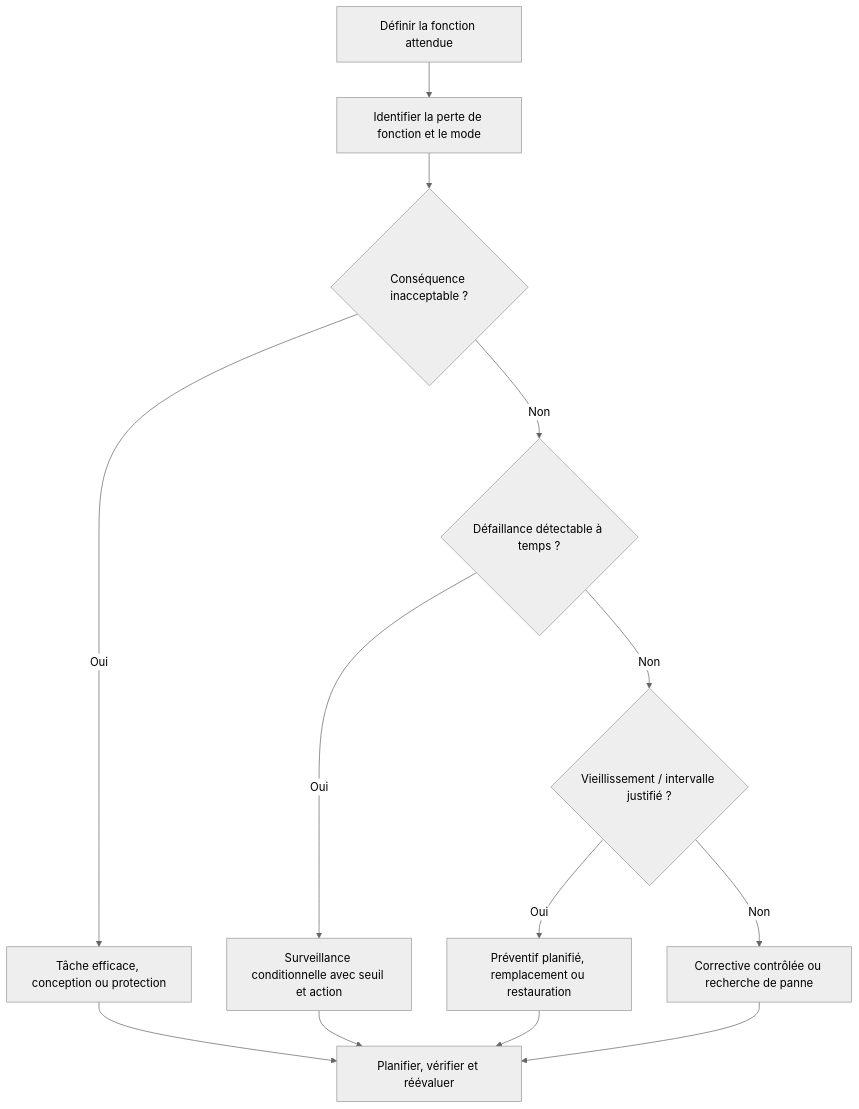
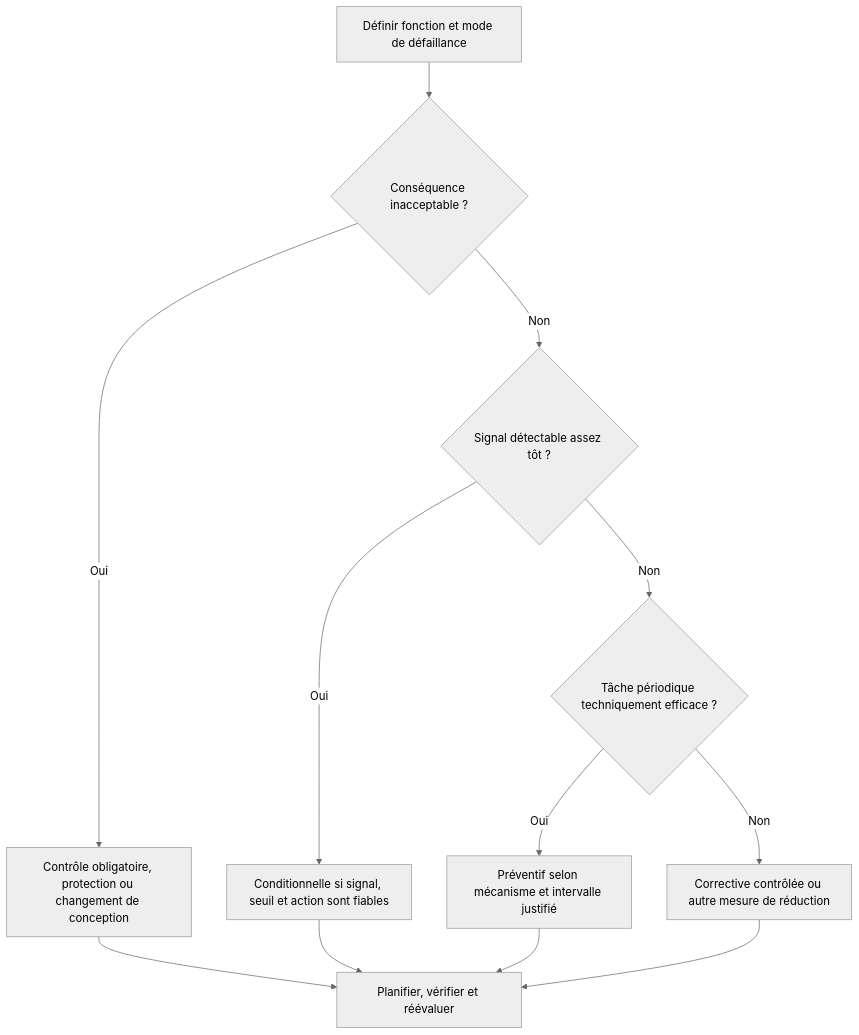
One commit to biggyseven/Skill-Tree changed the third of 16 diagrams in content/lessons/maint-strategie-expert.md. Above: the diagram before and after it, drawn with Mermaid (neutral theme). The commit also changed other lines of this file, not shown here.

```diff
--- a/content/lessons/maint-strategie-expert.md
+++ b/content/lessons/maint-strategie-expert.md
@@ -71,15 +70,14 @@
 ~~~mermaid
 flowchart TD
-  A["Définir la fonction attendue"] --> B["Identifier la perte de fonction et le mode"]
-  B --> C{"Conséquence inacceptable ?"}
-  C -- "Oui" --> D["Tâche efficace, conception ou protection"]
-  C -- "Non" --> E{"Défaillance détectable à temps ?"}
-  E -- "Oui" --> F["Surveillance conditionnelle avec seuil et action"]
-  E -- "Non" --> G{"Vieillissement / intervalle justifié ?"}
-  G -- "Oui" --> H["Préventif planifié, remplacement ou restauration"]
-  G -- "Non" --> I["Corrective contrôlée ou recherche de panne"]
-  D --> J["Planifier, vérifier et réévaluer"]
-  F --> J
-  H --> J
-  I --> J
+  A["Définir fonction et mode de défaillance"] --> B{"Conséquence inacceptable ?"}
+  B -- "Oui" --> C["Contrôle obligatoire, protection ou changement de conception"]
+  B -- "Non" --> D{"Signal détectable assez tôt ?"}
+  D -- "Oui" --> E["Conditionnelle si signal, seuil et action sont fiables"]
+  D -- "Non" --> F{"Tâche périodique techniquement efficace ?"}
+  F -- "Oui" --> G["Préventif selon mécanisme et intervalle justifié"]
+  F -- "Non" --> H["Corrective contrôlée ou autre mesure de réduction"]
+  C --> I["Planifier, vérifier et réévaluer"]
+  E --> I
+  G --> I
+  H --> I
 ~~~
```
